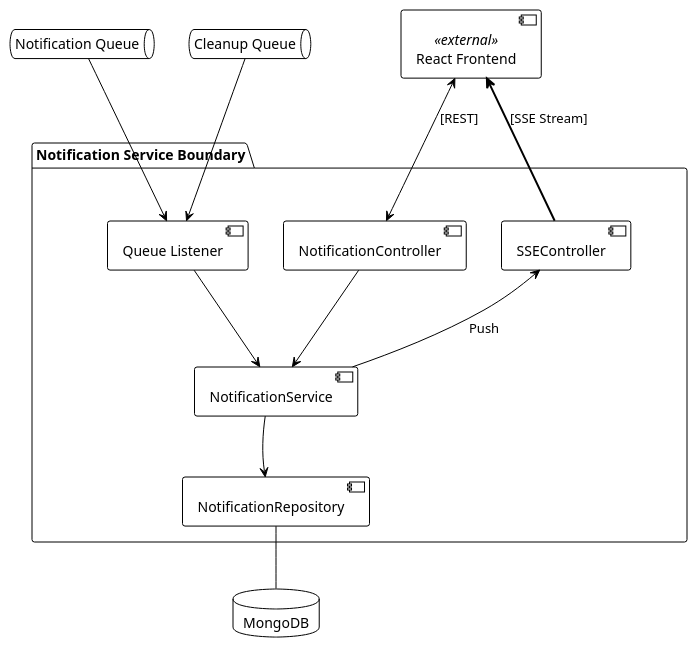
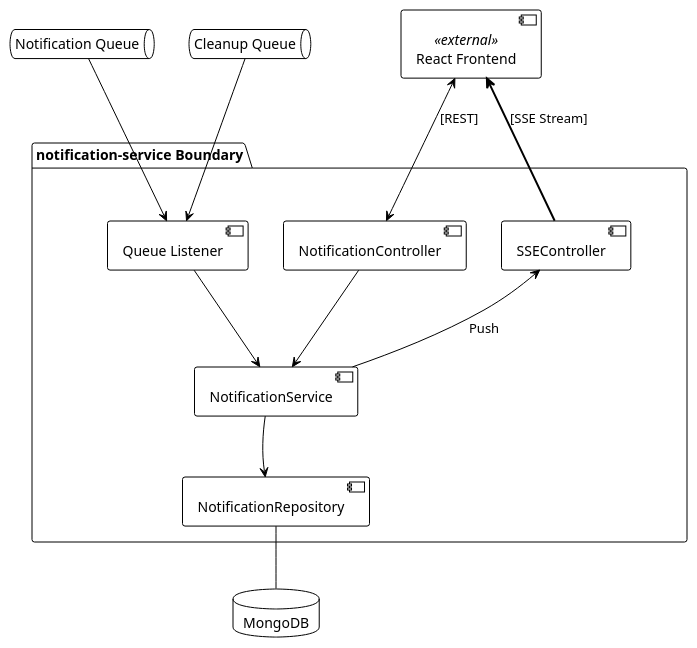
The diagram in arc42/images/notification-whitebox.puml (apratt3377/fitness-tracker), drawn with PlantUML before and after one commit. The commit also changed 44 other files, not shown here.

```diff
--- a/arc42/images/notification-whitebox.puml
+++ b/arc42/images/notification-whitebox.puml
@@ -1,48 +1,48 @@
 @startuml
 !theme plain
 
 ' This hides the inner package lines and labels
 skinparam package<<layout>> {
     BorderColor transparent
     BackgroundColor transparent
     FontColor transparent
     FontSize 0
 }
 
 ' --- EXTERNAL TOP ---
 queue "Notification Queue" as nq
 queue "Cleanup Queue" as cq
 component "React Frontend" as client <<external>>
 
-package "Notification Service Boundary" {
+package "notification-service Boundary" {
     
     ' This package exists ONLY for layout, it will be invisible
     package "TopRow" <<layout>> {
         component [Queue Listener] as listener
         component [NotificationController] as rest
         component [SSEController] as sse
     }
     
     component [NotificationService] as service
     component [NotificationRepository] as repo
 }
 
 database "MongoDB" as db
 
 ' --- FLOWS ---
 nq --> listener
 cq --> listener
 client <--> rest : [REST]
 client <== sse : [SSE Stream]
 
 listener --> service
 rest --> service
 service --> sse : "Push"
 
 service --> repo
 repo -- db
 
 ' Layout fix to keep it vertical
 TopRow -[hidden]down-> service
 service -[hidden]down-> repo
 @enduml
```
